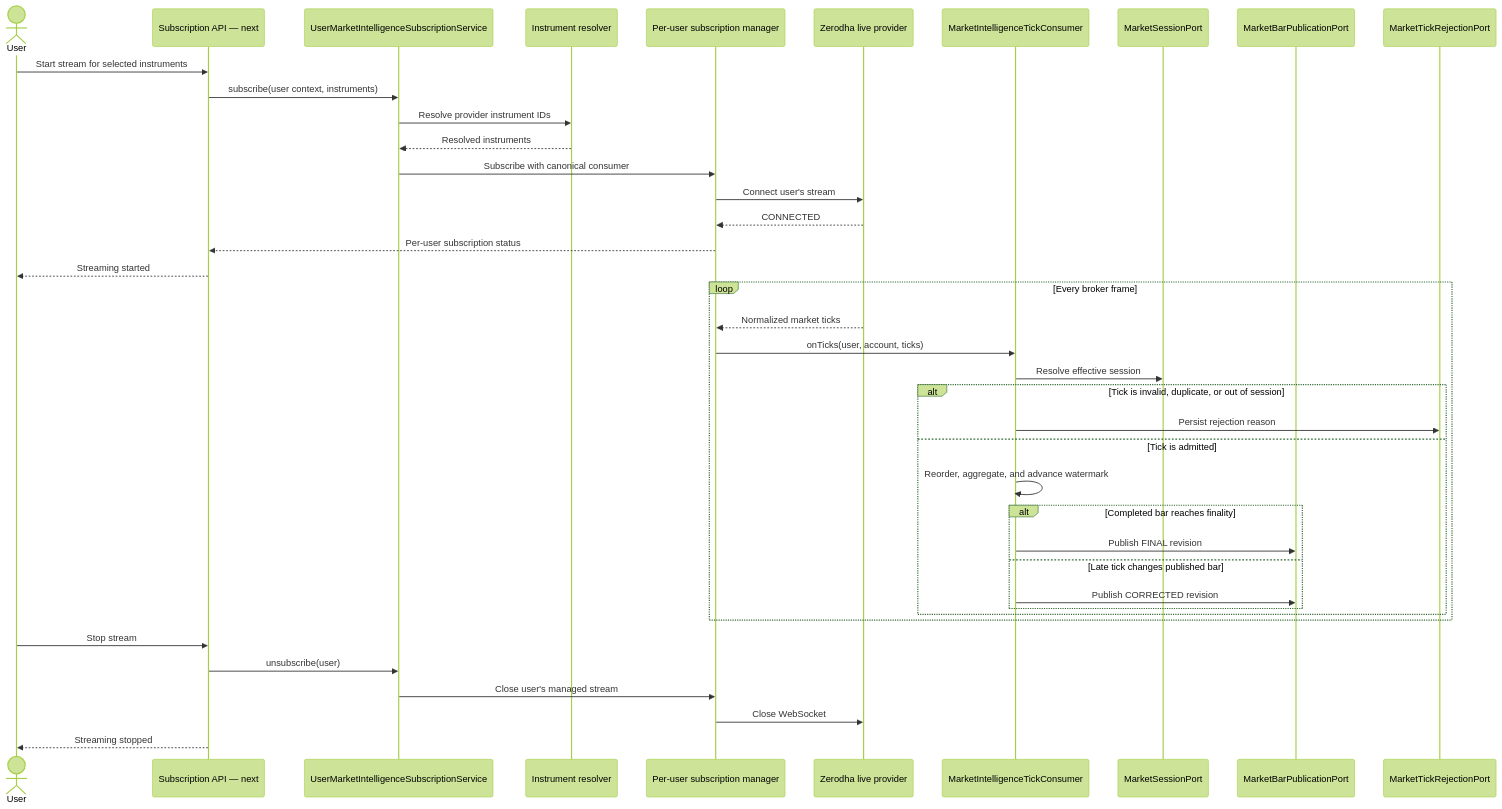
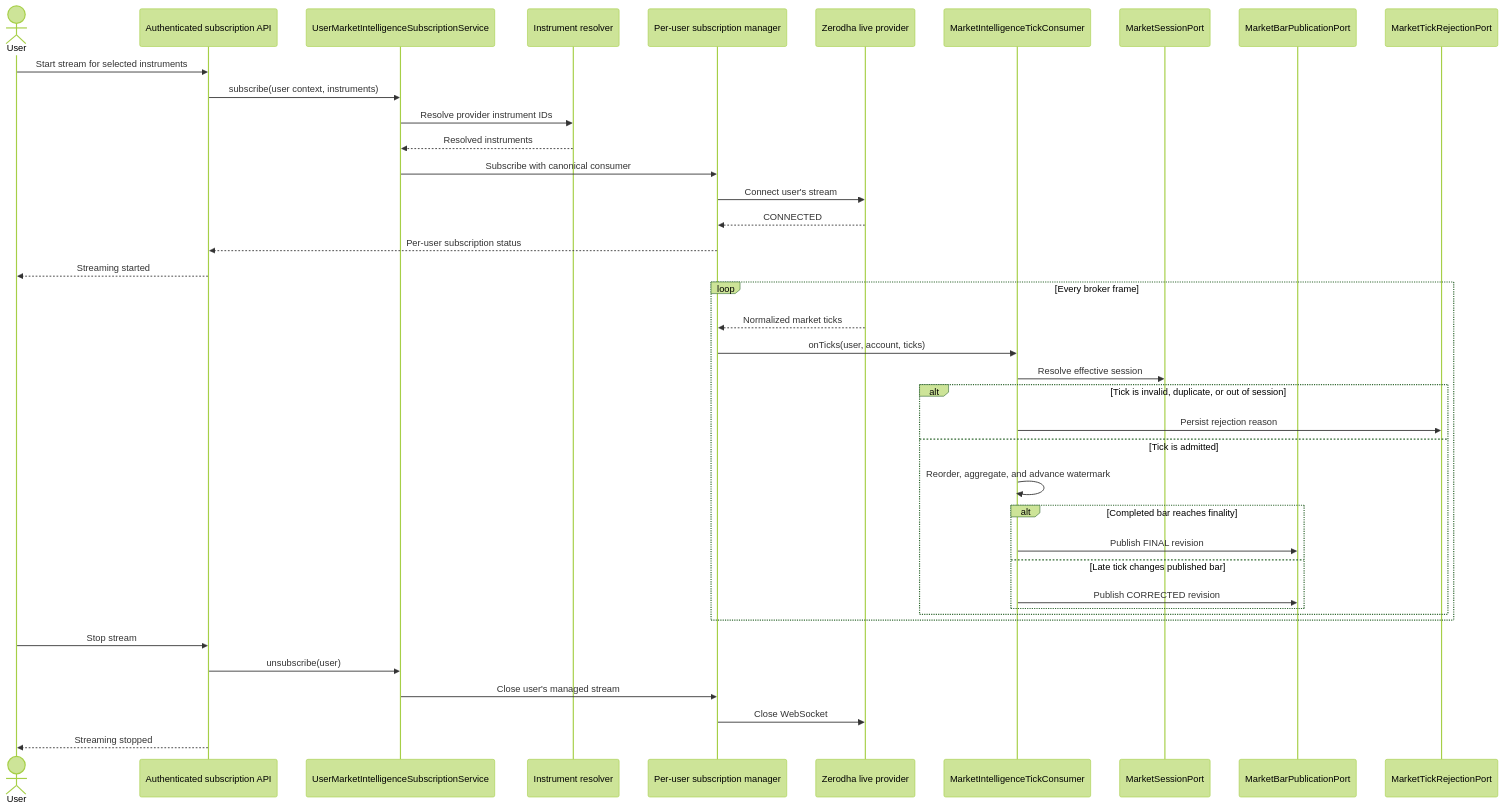
One commit to satyapp/predictiveEdge changed the fifth of 10 diagrams in docs/architecture/core-ai/market-intelligence-user-flows-and-sequences.md. Above: the diagram before and after it, drawn with Mermaid (forest theme). The commit also changed other lines of this file and 29 other files, not shown here.

````diff
--- a/docs/architecture/core-ai/market-intelligence-user-flows-and-sequences.md
+++ b/docs/architecture/core-ai/market-intelligence-user-flows-and-sequences.md
@@ -120,45 +119,45 @@
 ```mermaid
 sequenceDiagram
     actor User
-    participant API as Subscription API — next
+    participant API as Authenticated subscription API
     participant Facade as UserMarketIntelligenceSubscriptionService
     participant Resolver as Instrument resolver
     participant Manager as Per-user subscription manager
     participant Broker as Zerodha live provider
     participant Consumer as MarketIntelligenceTickConsumer
     participant Calendar as MarketSessionPort
     participant Bars as MarketBarPublicationPort
     participant Rejects as MarketTickRejectionPort
 
     User->>API: Start stream for selected instruments
     API->>Facade: subscribe(user context, instruments)
     Facade->>Resolver: Resolve provider instrument IDs
     Resolver-->>Facade: Resolved instruments
     Facade->>Manager: Subscribe with canonical consumer
     Manager->>Broker: Connect user's stream
     Broker-->>Manager: CONNECTED
     Manager-->>API: Per-user subscription status
     API-->>User: Streaming started
 
     loop Every broker frame
         Broker-->>Manager: Normalized market ticks
         Manager->>Consumer: onTicks(user, account, ticks)
         Consumer->>Calendar: Resolve effective session
         alt Tick is invalid, duplicate, or out of session
             Consumer->>Rejects: Persist rejection reason
         else Tick is admitted
             Consumer->>Consumer: Reorder, aggregate, and advance watermark
             alt Completed bar reaches finality
                 Consumer->>Bars: Publish FINAL revision
             else Late tick changes published bar
                 Consumer->>Bars: Publish CORRECTED revision
             end
         end
     end
 
     User->>API: Stop stream
     API->>Facade: unsubscribe(user)
     Facade->>Manager: Close user's managed stream
     Manager->>Broker: Close WebSocket
     API-->>User: Streaming stopped
 ```
````
